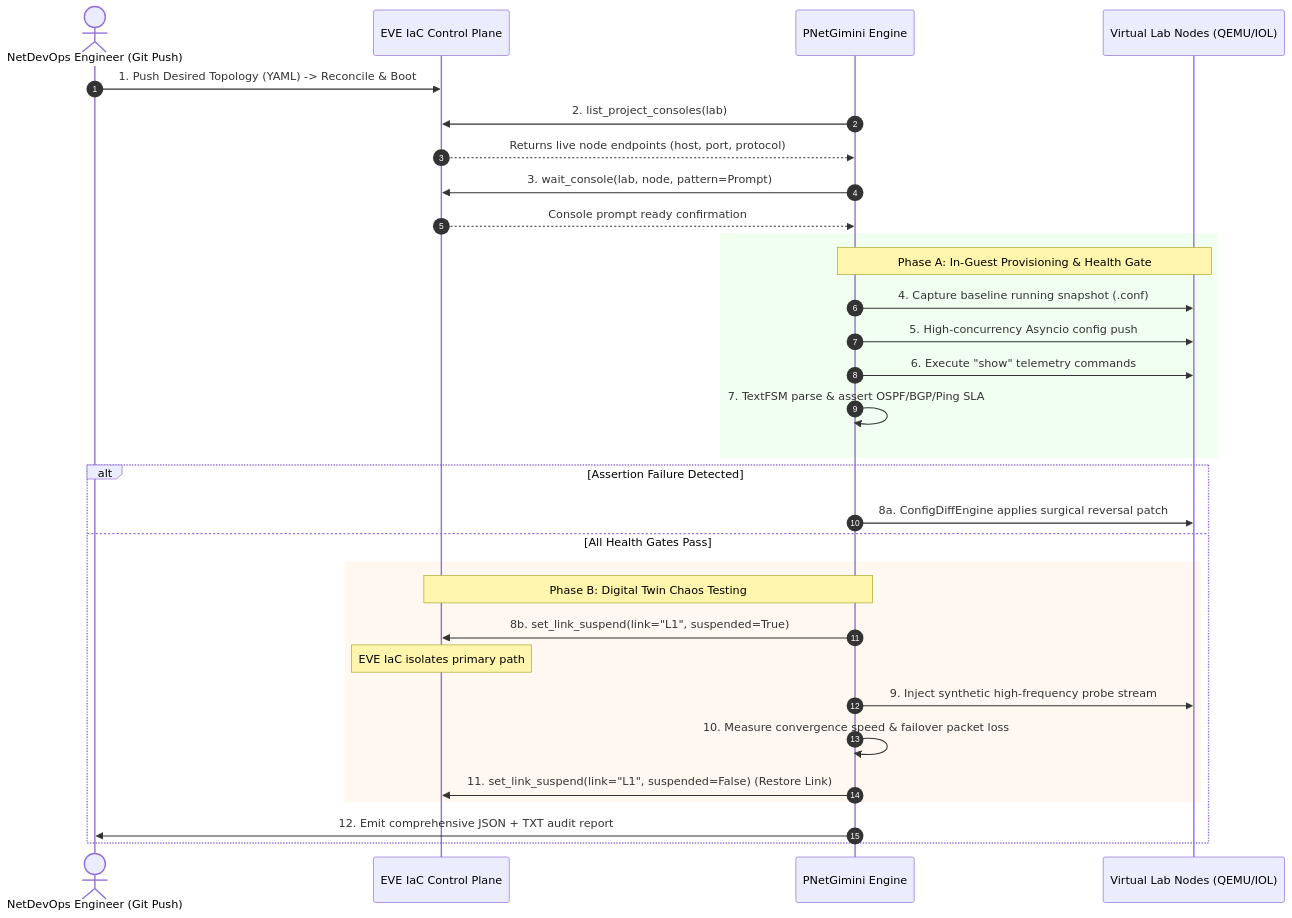
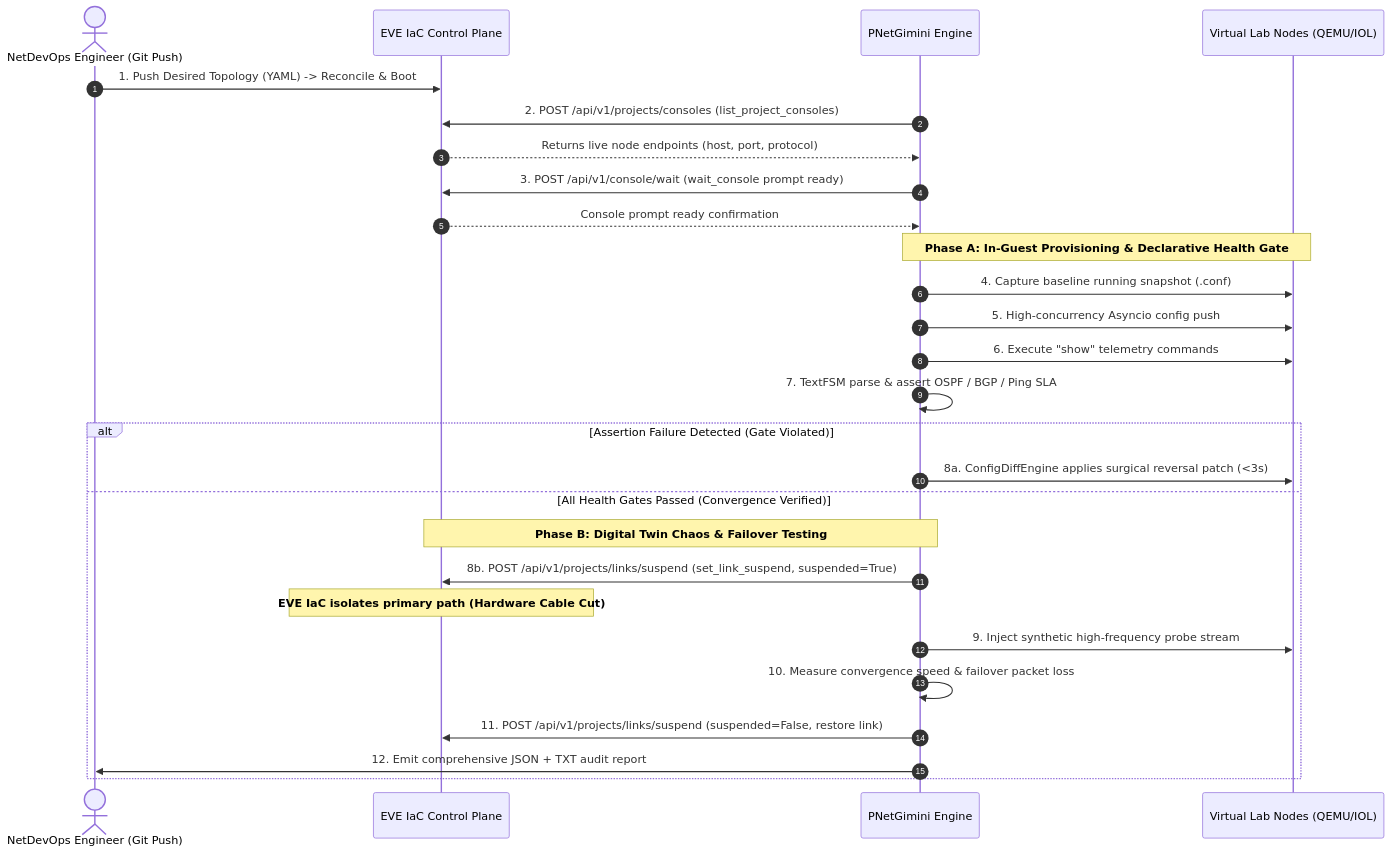
One commit to shaolinzhou/PNetGimini changed the second of 4 diagrams in docs/EVE_IAC_INTEGRATION_SPEC.md. Above: the diagram before and after it, drawn with Mermaid. The commit also changed other lines of this file, not shown here.

Commit message:
docs: enhance Section 5 diagrams - high-contrast fonts, remove blinding rect, add orchestration flowchart

````diff
--- a/docs/EVE_IAC_INTEGRATION_SPEC.md
+++ b/docs/EVE_IAC_INTEGRATION_SPEC.md
@@ -258,36 +260,43 @@
 ```mermaid
+%%{init: {
+  'themeVariables': {
+    'fontSize': '17px',
+    'actorFontSize': '18px',
+    'actorFontWeight': 'bold',
+    'messageFontSize': '16px',
+    'messageFontWeight': 'bold',
+    'noteFontSize': '16px',
+    'noteFontWeight': 'bold'
+  }
+}}%%
 sequenceDiagram
     autonumber
     actor Admin as NetDevOps Engineer (Git Push)
     participant EVEIaC as EVE IaC Control Plane
     participant Engine as PNetGimini Engine
     participant Nodes as Virtual Lab Nodes (QEMU/IOL)
 
     Admin->>EVEIaC: 1. Push Desired Topology (YAML) -> Reconcile & Boot
-    Engine->>EVEIaC: 2. list_project_consoles(lab)
+    Engine->>EVEIaC: 2. POST /api/v1/projects/consoles (list_project_consoles)
     EVEIaC-->>Engine: Returns live node endpoints (host, port, protocol)
-    Engine->>EVEIaC: 3. wait_console(lab, node, pattern=Prompt)
+    Engine->>EVEIaC: 3. POST /api/v1/console/wait (wait_console prompt ready)
     EVEIaC-->>Engine: Console prompt ready confirmation
     
-    rect rgb(240, 255, 240)
-    note over Engine, Nodes: Phase A: In-Guest Provisioning & Health Gate
+    Note over Engine, Nodes: Phase A: In-Guest Provisioning & Declarative Health Gate
     Engine->>Nodes: 4. Capture baseline running snapshot (.conf)
     Engine->>Nodes: 5. High-concurrency Asyncio config push
     Engine->>Nodes: 6. Execute "show" telemetry commands
-    Engine->>Engine: 7. TextFSM parse & assert OSPF/BGP/Ping SLA
-    end
-
-    alt Assertion Failure Detected
-        Engine->>Nodes: 8a. ConfigDiffEngine applies surgical reversal patch
-    else All Health Gates Pass
-        rect rgb(255, 248, 240)
-        note over Engine, EVEIaC: Phase B: Digital Twin Chaos Testing
-        Engine->>EVEIaC: 8b. set_link_suspend(link="L1", suspended=True)
-        Note over EVEIaC: EVE IaC isolates primary path
+    Engine->>Engine: 7. TextFSM parse & assert OSPF / BGP / Ping SLA
+    
+    alt Assertion Failure Detected (Gate Violated)
+        Engine->>Nodes: 8a. ConfigDiffEngine applies surgical reversal patch (<3s)
+    else All Health Gates Passed (Convergence Verified)
+        Note over Engine, EVEIaC: Phase B: Digital Twin Chaos & Failover Testing
+        Engine->>EVEIaC: 8b. POST /api/v1/projects/links/suspend (set_link_suspend, suspended=True)
+        Note over EVEIaC: EVE IaC isolates primary path (Hardware Cable Cut)
         Engine->>Nodes: 9. Inject synthetic high-frequency probe stream
         Engine->>Engine: 10. Measure convergence speed & failover packet loss
-        Engine->>EVEIaC: 11. set_link_suspend(link="L1", suspended=False) (Restore Link)
-        end
+        Engine->>EVEIaC: 11. POST /api/v1/projects/links/suspend (suspended=False, restore link)
         Engine->>Admin: 12. Emit comprehensive JSON + TXT audit report
     end
 ```
````
